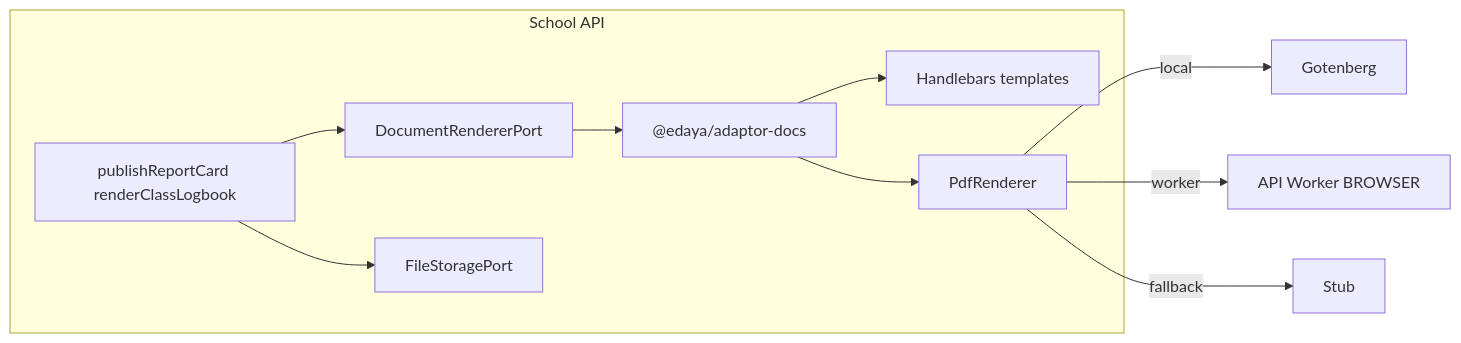
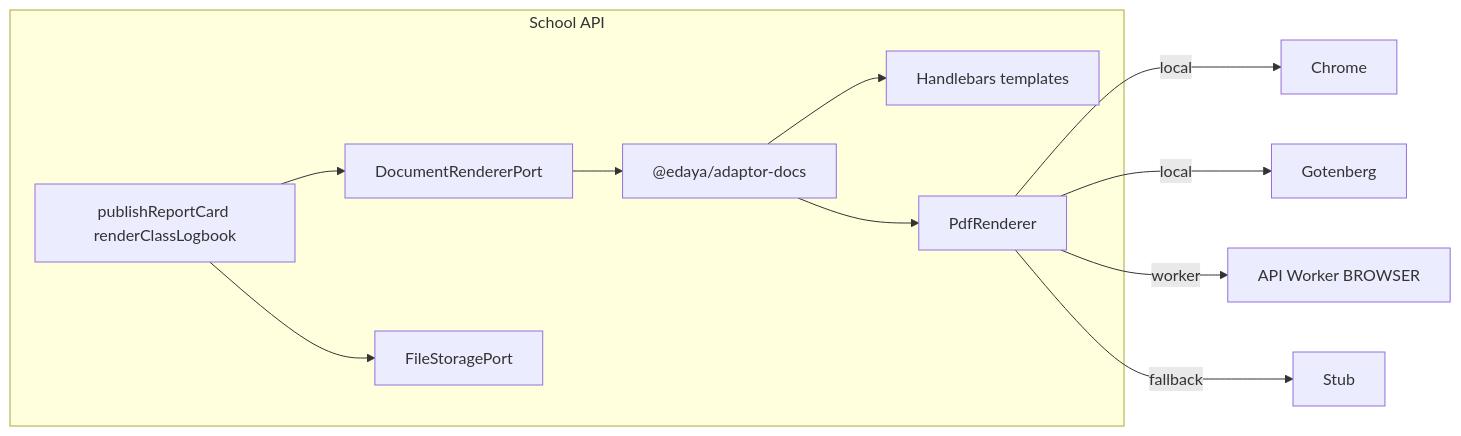
Before and after one commit to Maya-Invest/edaya_backend: the diagram in docs/architecture/document-renderer.md, drawn with Mermaid. The commit also changed other lines of this file and 28 other files, not shown here.

First line of the commit message:
feat(pdf-rendering): enhance PDF rendering capabilities with Chrome support

````diff
--- a/docs/architecture/document-renderer.md
+++ b/docs/architecture/document-renderer.md
@@ -18,19 +18,20 @@
 ```mermaid
 flowchart LR
   subgraph schoolApi [School API]
     Commands[publishReportCard renderClassLogbook]
     Port[DocumentRendererPort]
     Adaptor["@edaya/adaptor-docs"]
     Templates[Handlebars templates]
     Pdf[PdfRenderer]
     Files[FileStoragePort]
   end
   Commands --> Port
   Port --> Adaptor
   Adaptor --> Templates
   Adaptor --> Pdf
   Commands --> Files
+  Pdf -->|local| Chrome
   Pdf -->|local| Gotenberg
   Pdf -->|worker| BrowserRun[API Worker BROWSER]
   Pdf -->|fallback| Stub
 ```
````
